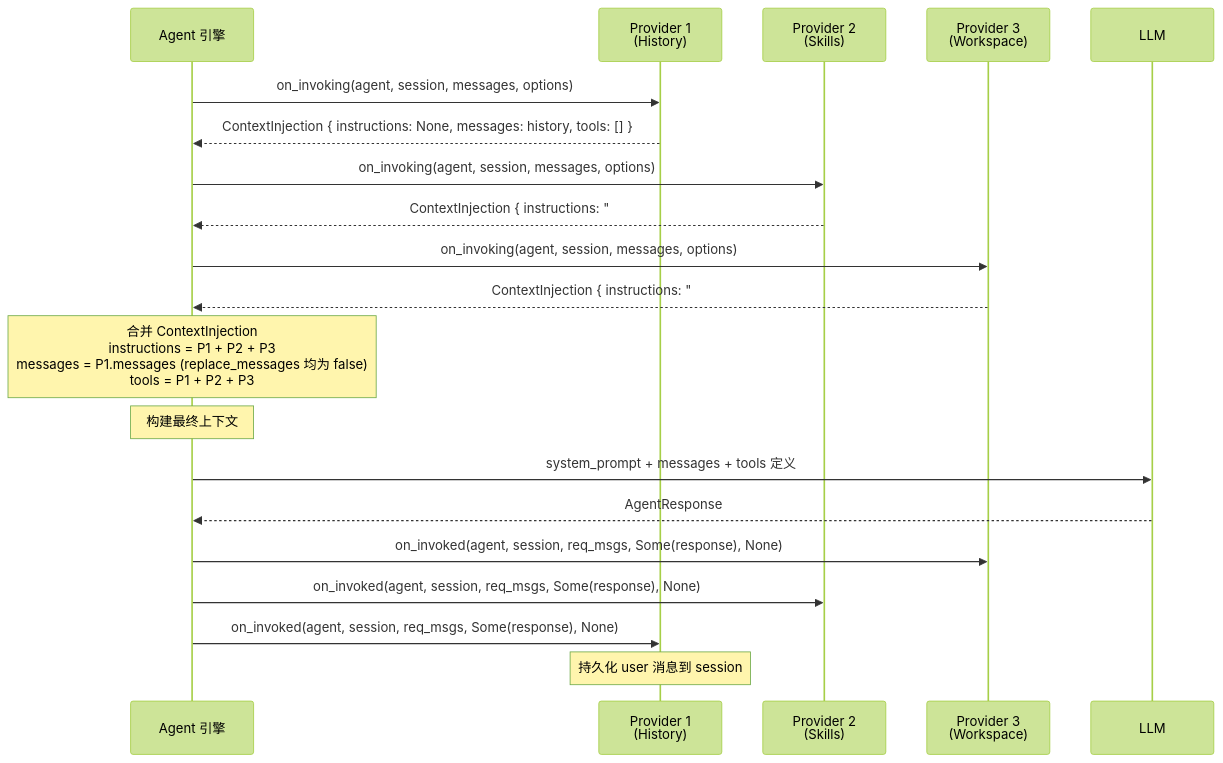
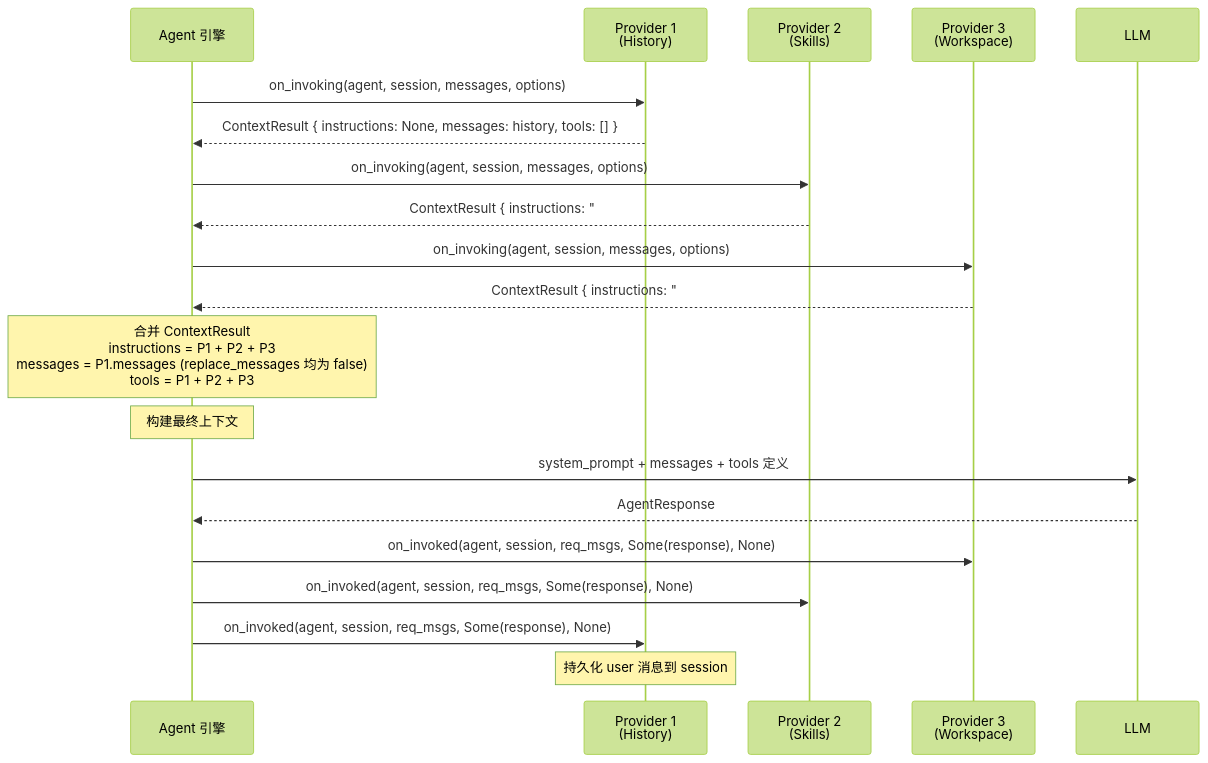
One commit to Rust-Framework/rust-agent-framework changed the first of 2 diagrams in docs/05-context-providers/overview.md. Above: the diagram before and after it, drawn with Mermaid (forest theme). The commit also changed other lines of this file and 59 other files, not shown here.

````diff
--- a/docs/05-context-providers/overview.md
+++ b/docs/05-context-providers/overview.md
@@ -71,28 +71,28 @@
 ```mermaid
 sequenceDiagram
     participant Engine as Agent 引擎
     participant P1 as Provider 1<br/>(History)
     participant P2 as Provider 2<br/>(Skills)
     participant P3 as Provider 3<br/>(Workspace)
     participant LLM
 
     Engine->>P1: on_invoking(agent, session, messages, options)
-    P1-->>Engine: ContextInjection { instructions: None, messages: history, tools: [] }
+    P1-->>Engine: ContextResult { instructions: None, messages: history, tools: [] }
 
     Engine->>P2: on_invoking(agent, session, messages, options)
-    P2-->>Engine: ContextInjection { instructions: "## Skills\n...", messages: [], tools: [load_skill, ...] }
+    P2-->>Engine: ContextResult { instructions: "## Skills\n...", messages: [], tools: [load_skill, ...] }
 
     Engine->>P3: on_invoking(agent, session, messages, options)
-    P3-->>Engine: ContextInjection { instructions: "## Workspace\n...", messages: [], tools: [ReadFile, WriteFile, ...] }
+    P3-->>Engine: ContextResult { instructions: "## Workspace\n...", messages: [], tools: [ReadFile, WriteFile, ...] }
 
-    Note over Engine: 合并 ContextInjection<br/>instructions = P1 + P2 + P3<br/>messages = P1.messages (replace_messages 均为 false)<br/>tools = P1 + P2 + P3
+    Note over Engine: 合并 ContextResult<br/>instructions = P1 + P2 + P3<br/>messages = P1.messages (replace_messages 均为 false)<br/>tools = P1 + P2 + P3
 
     Note over Engine: 构建最终上下文
     Engine->>LLM: system_prompt + messages + tools 定义
     LLM-->>Engine: AgentResponse
 
     Engine->>P3: on_invoked(agent, session, req_msgs, Some(response), None)
     Engine->>P2: on_invoked(agent, session, req_msgs, Some(response), None)
     Engine->>P1: on_invoked(agent, session, req_msgs, Some(response), None)
     Note over P1: 持久化 user 消息到 session
 ```
````
